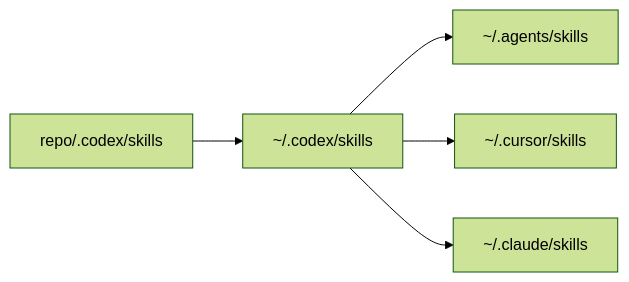
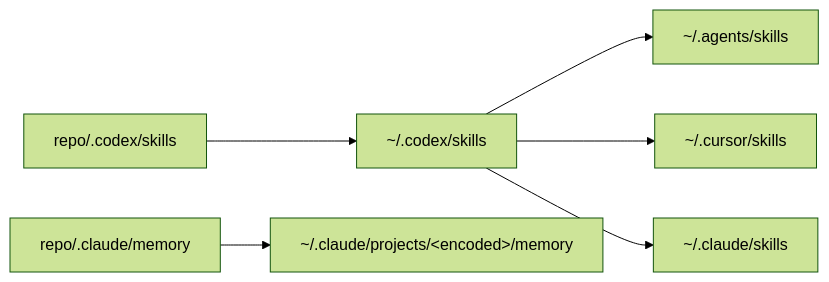
Before and after one commit to kzokv/agent-dock: the fourth of 4 diagrams in docs/onboarding.md, drawn with Mermaid (forest theme). The commit also changed other lines of this file and 16 other files, not shown here.

````diff
--- a/docs/onboarding.md
+++ b/docs/onboarding.md
@@ -185,7 +196,8 @@
 ```mermaid
 flowchart LR
     Repo[repo/.codex/skills] --> Codex[~/.codex/skills]
     Codex --> Agents[~/.agents/skills]
     Codex --> Cursor[~/.cursor/skills]
     Codex --> Claude[~/.claude/skills]
+    ClaudeMem[repo/.claude/memory] --> MemLink[~/.claude/projects/&lt;encoded&gt;/memory]
 ```
````
